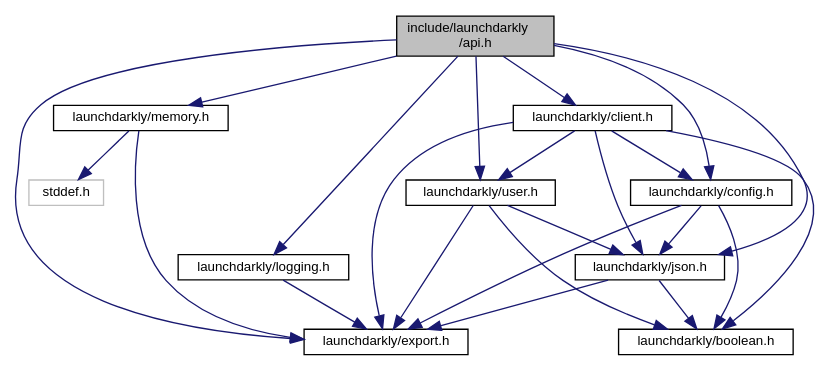
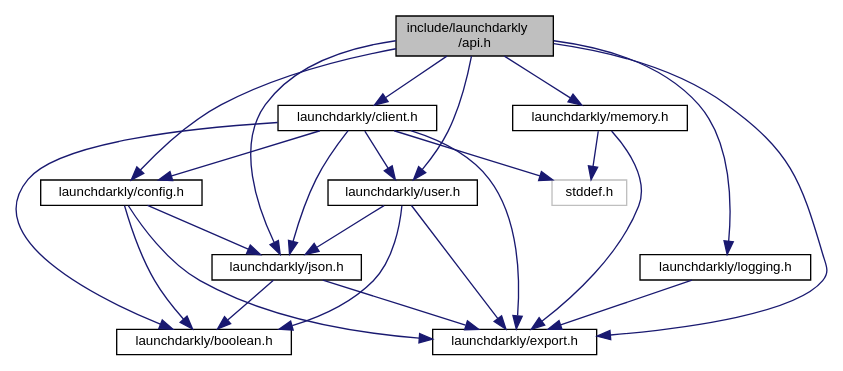
Before and after one commit to launchdarkly/c-client-sdk: the diagram in api_8h__incl.dot, drawn with Graphviz. The commit also changed 59 other files, not shown here.

```diff
--- a/api_8h__incl.dot
+++ b/api_8h__incl.dot
@@ -1,38 +1,39 @@
 digraph "include/launchdarkly/api.h"
 {
   edge [fontname="Helvetica",fontsize="10",labelfontname="Helvetica",labelfontsize="10"];
   node [fontname="Helvetica",fontsize="10",shape=record];
   Node0 [label="include/launchdarkly\l/api.h",height=0.2,width=0.4,color="black", fillcolor="grey75", style="filled", fontcolor="black"];
   Node0 -> Node1 [color="midnightblue",fontsize="10",style="solid",fontname="Helvetica"];
-  Node1 [label="launchdarkly/export.h",height=0.2,width=0.4,color="black", fillcolor="white", style="filled",URL="$export_8h.html",tooltip="Public. Configuration of exported symbols. "];
-  Node0 -> Node2 [color="midnightblue",fontsize="10",style="solid",fontname="Helvetica"];
-  Node2 [label="launchdarkly/logging.h",height=0.2,width=0.4,color="black", fillcolor="white", style="filled",URL="$logging_8h.html",tooltip="Public API Interface for Logging. "];
-  Node2 -> Node1 [color="midnightblue",fontsize="10",style="solid",fontname="Helvetica"];
-  Node0 -> Node3 [color="midnightblue",fontsize="10",style="solid",fontname="Helvetica"];
-  Node3 [label="launchdarkly/memory.h",height=0.2,width=0.4,color="black", fillcolor="white", style="filled",URL="$memory_8h.html",tooltip="Public API. Operations for managing memory. "];
-  Node3 -> Node4 [color="midnightblue",fontsize="10",style="solid",fontname="Helvetica"];
-  Node4 [label="stddef.h",height=0.2,width=0.4,color="grey75", fillcolor="white", style="filled"];
-  Node3 -> Node1 [color="midnightblue",fontsize="10",style="solid",fontname="Helvetica"];
+  Node1 [label="launchdarkly/client.h",height=0.2,width=0.4,color="black", fillcolor="white", style="filled",URL="$client_8h.html",tooltip="Public Client control and variations. "];
+  Node1 -> Node2 [color="midnightblue",fontsize="10",style="solid",fontname="Helvetica"];
+  Node2 [label="stddef.h",height=0.2,width=0.4,color="grey75", fillcolor="white", style="filled"];
+  Node1 -> Node3 [color="midnightblue",fontsize="10",style="solid",fontname="Helvetica"];
+  Node3 [label="launchdarkly/boolean.h",height=0.2,width=0.4,color="black", fillcolor="white", style="filled",URL="$boolean_8h.html",tooltip="A custom c89 boolean type. "];
+  Node1 -> Node4 [color="midnightblue",fontsize="10",style="solid",fontname="Helvetica"];
+  Node4 [label="launchdarkly/config.h",height=0.2,width=0.4,color="black", fillcolor="white", style="filled",URL="$config_8h.html",tooltip="Public API Interface for Configuration. "];
+  Node4 -> Node3 [color="midnightblue",fontsize="10",style="solid",fontname="Helvetica"];
+  Node4 -> Node5 [color="midnightblue",fontsize="10",style="solid",fontname="Helvetica"];
+  Node5 [label="launchdarkly/export.h",height=0.2,width=0.4,color="black", fillcolor="white", style="filled",URL="$export_8h.html",tooltip="Public. Configuration of exported symbols. "];
+  Node4 -> Node6 [color="midnightblue",fontsize="10",style="solid",fontname="Helvetica"];
+  Node6 [label="launchdarkly/json.h",height=0.2,width=0.4,color="black", fillcolor="white", style="filled",URL="$json_8h.html",tooltip="Public API Interface for JSON usage. "];
+  Node6 -> Node3 [color="midnightblue",fontsize="10",style="solid",fontname="Helvetica"];
+  Node6 -> Node5 [color="midnightblue",fontsize="10",style="solid",fontname="Helvetica"];
+  Node1 -> Node5 [color="midnightblue",fontsize="10",style="solid",fontname="Helvetica"];
+  Node1 -> Node6 [color="midnightblue",fontsize="10",style="solid",fontname="Helvetica"];
+  Node1 -> Node7 [color="midnightblue",fontsize="10",style="solid",fontname="Helvetica"];
+  Node7 [label="launchdarkly/user.h",height=0.2,width=0.4,color="black", fillcolor="white", style="filled",URL="$user_8h.html",tooltip="Public API Interface for User construction. "];
+  Node7 -> Node3 [color="midnightblue",fontsize="10",style="solid",fontname="Helvetica"];
+  Node7 -> Node5 [color="midnightblue",fontsize="10",style="solid",fontname="Helvetica"];
+  Node7 -> Node6 [color="midnightblue",fontsize="10",style="solid",fontname="Helvetica"];
+  Node0 -> Node4 [color="midnightblue",fontsize="10",style="solid",fontname="Helvetica"];
   Node0 -> Node5 [color="midnightblue",fontsize="10",style="solid",fontname="Helvetica"];
-  Node5 [label="launchdarkly/json.h",height=0.2,width=0.4,color="black", fillcolor="white", style="filled",URL="$json_8h.html",tooltip="Public API Interface for JSON usage. "];
-  Node5 -> Node1 [color="midnightblue",fontsize="10",style="solid",fontname="Helvetica"];
-  Node5 -> Node6 [color="midnightblue",fontsize="10",style="solid",fontname="Helvetica"];
-  Node6 [label="launchdarkly/boolean.h",height=0.2,width=0.4,color="black", fillcolor="white", style="filled",URL="$boolean_8h.html",tooltip="A custom c89 boolean type. "];
+  Node0 -> Node6 [color="midnightblue",fontsize="10",style="solid",fontname="Helvetica"];
+  Node0 -> Node8 [color="midnightblue",fontsize="10",style="solid",fontname="Helvetica"];
+  Node8 [label="launchdarkly/logging.h",height=0.2,width=0.4,color="black", fillcolor="white", style="filled",URL="$logging_8h.html",tooltip="Public API Interface for Logging. "];
+  Node8 -> Node5 [color="midnightblue",fontsize="10",style="solid",fontname="Helvetica"];
+  Node0 -> Node9 [color="midnightblue",fontsize="10",style="solid",fontname="Helvetica"];
+  Node9 [label="launchdarkly/memory.h",height=0.2,width=0.4,color="black", fillcolor="white", style="filled",URL="$memory_8h.html",tooltip="Public API. Operations for managing memory. "];
+  Node9 -> Node2 [color="midnightblue",fontsize="10",style="solid",fontname="Helvetica"];
+  Node9 -> Node5 [color="midnightblue",fontsize="10",style="solid",fontname="Helvetica"];
   Node0 -> Node7 [color="midnightblue",fontsize="10",style="solid",fontname="Helvetica"];
-  Node7 [label="launchdarkly/config.h",height=0.2,width=0.4,color="black", fillcolor="white", style="filled",URL="$config_8h.html",tooltip="Public API Interface for Configuration. "];
-  Node7 -> Node6 [color="midnightblue",fontsize="10",style="solid",fontname="Helvetica"];
-  Node7 -> Node5 [color="midnightblue",fontsize="10",style="solid",fontname="Helvetica"];
-  Node7 -> Node1 [color="midnightblue",fontsize="10",style="solid",fontname="Helvetica"];
-  Node0 -> Node8 [color="midnightblue",fontsize="10",style="solid",fontname="Helvetica"];
-  Node8 [label="launchdarkly/user.h",height=0.2,width=0.4,color="black", fillcolor="white", style="filled",URL="$user_8h.html",tooltip="Public API Interface for User construction. "];
-  Node8 -> Node5 [color="midnightblue",fontsize="10",style="solid",fontname="Helvetica"];
-  Node8 -> Node6 [color="midnightblue",fontsize="10",style="solid",fontname="Helvetica"];
-  Node8 -> Node1 [color="midnightblue",fontsize="10",style="solid",fontname="Helvetica"];
-  Node0 -> Node9 [color="midnightblue",fontsize="10",style="solid",fontname="Helvetica"];
-  Node9 [label="launchdarkly/client.h",height=0.2,width=0.4,color="black", fillcolor="white", style="filled",URL="$client_8h.html",tooltip="Public Client control and variations. "];
-  Node9 -> Node5 [color="midnightblue",fontsize="10",style="solid",fontname="Helvetica"];
-  Node9 -> Node6 [color="midnightblue",fontsize="10",style="solid",fontname="Helvetica"];
-  Node9 -> Node7 [color="midnightblue",fontsize="10",style="solid",fontname="Helvetica"];
-  Node9 -> Node8 [color="midnightblue",fontsize="10",style="solid",fontname="Helvetica"];
-  Node9 -> Node1 [color="midnightblue",fontsize="10",style="solid",fontname="Helvetica"];
 }
```
